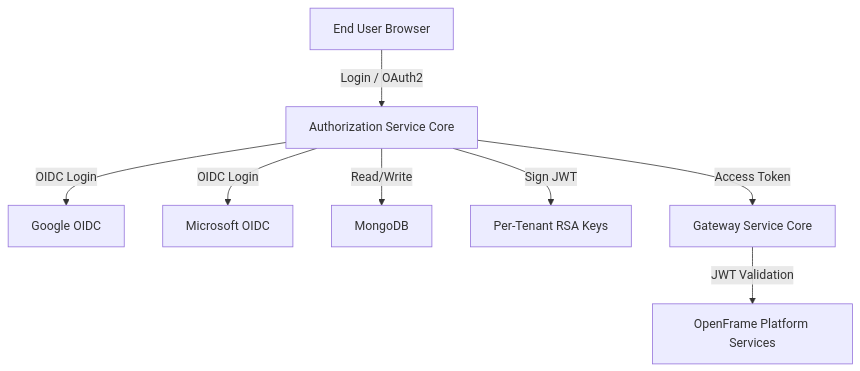
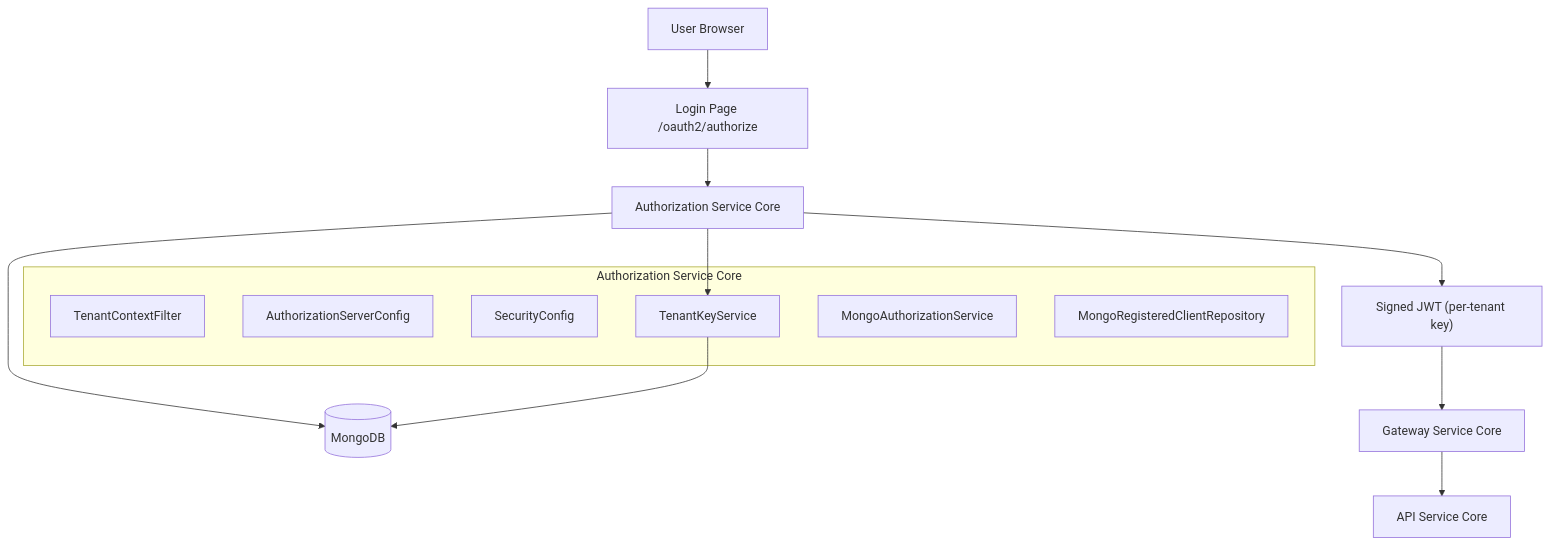
Before and after one commit to flamingo-stack/openframe-oss-lib: the first of 6 diagrams in docs/reference/architecture/authorization-service-core/authorization-service-core.md, drawn with Mermaid. The commit also changed other lines of this file and 212 other files, not shown here.

````diff
--- a/docs/reference/architecture/authorization-service-core/authorization-service-core.md
+++ b/docs/reference/architecture/authorization-service-core/authorization-service-core.md
@@ -24,13 +23,22 @@
 ```mermaid
 flowchart TD
-    User["End User Browser"] -->|"Login / OAuth2"| AuthServer["Authorization Service Core"]
+    Browser["User Browser"] --> Login["Login Page /oauth2/authorize"]
+    Login --> AuthServer["Authorization Service Core"]
 
-    AuthServer -->|"OIDC Login"| Google["Google OIDC"]
-    AuthServer -->|"OIDC Login"| Microsoft["Microsoft OIDC"]
+    subgraph authz["Authorization Service Core"]
+        TenantFilter["TenantContextFilter"]
+        AuthzConfig["AuthorizationServerConfig"]
+        SecurityCfg["SecurityConfig"]
+        KeyService["TenantKeyService"]
+        MongoAuthSvc["MongoAuthorizationService"]
+        ClientRepo["MongoRegisteredClientRepository"]
+    end
 
-    AuthServer -->|"Read/Write"| Mongo["MongoDB"]
-    AuthServer -->|"Sign JWT"| TenantKeys["Per-Tenant RSA Keys"]
+    AuthServer --> Mongo[("MongoDB")]
+    AuthServer --> KeyService
+    KeyService --> Mongo
 
-    AuthServer -->|"Access Token"| Gateway["Gateway Service Core"]
-    Gateway -->|"JWT Validation"| Platform["OpenFrame Platform Services"]
+    AuthServer --> JWT["Signed JWT (per-tenant key)"]
+    JWT --> Gateway["Gateway Service Core"]
+    Gateway --> ApiSvc["API Service Core"]
 ```
````
